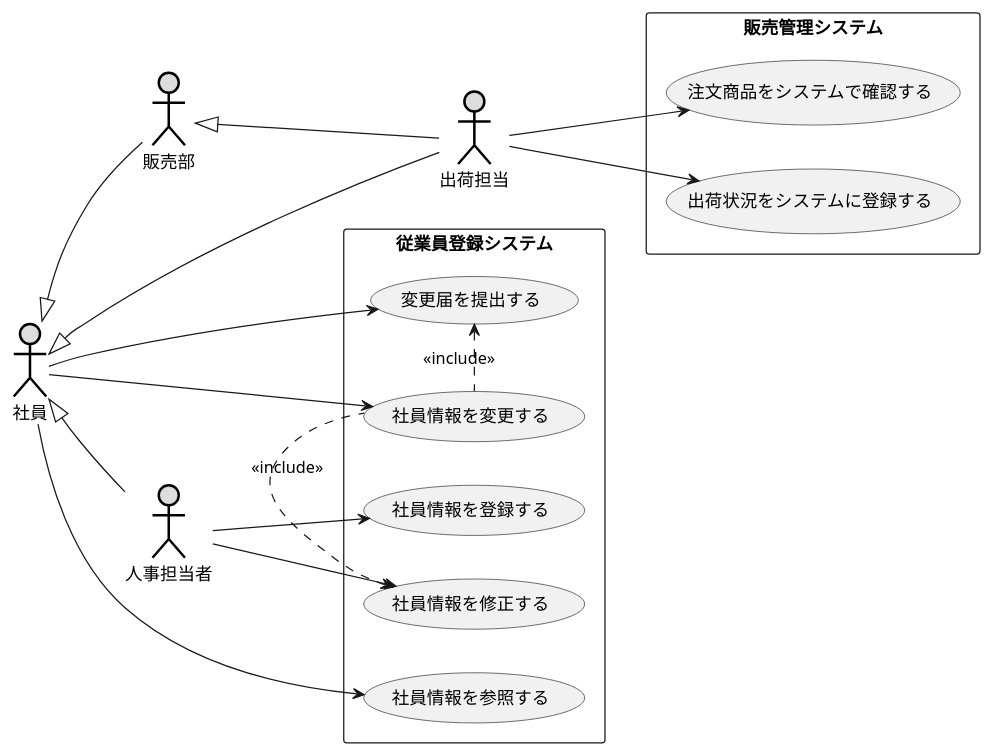
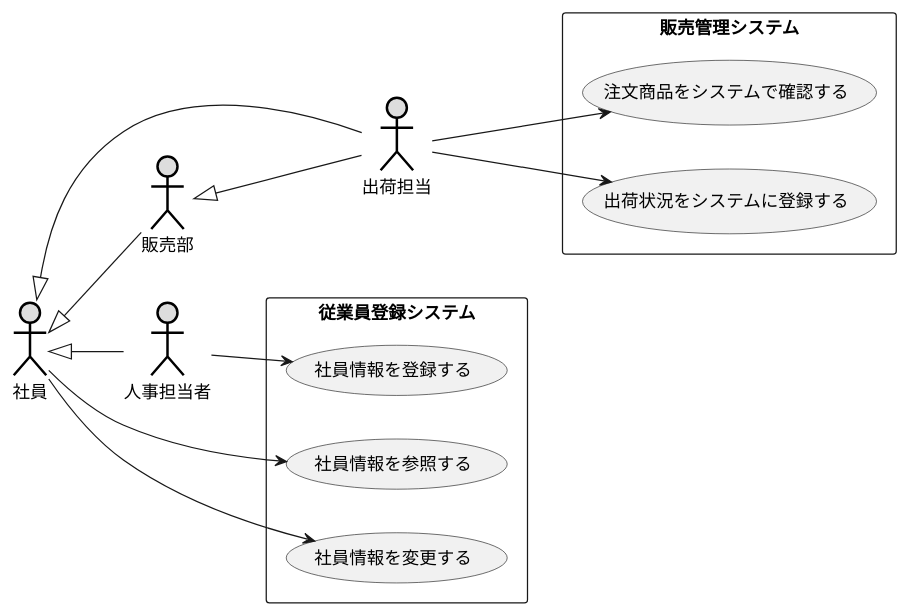
Before and after one commit to koha0516/uml-introduction: the diagram in 演習2-5_盛岡商事_販売管理システム.pu, drawn with PlantUML.

Commit message:
課題修正

```diff
--- a/演習2-5_盛岡商事_販売管理システム.pu
+++ b/演習2-5_盛岡商事_販売管理システム.pu
@@ -1,32 +1,26 @@
 @startuml 例題5
 left to right direction
 actor 出荷担当 #DDDDDD;line:black;line.bold;
 actor 販売部 #DDDDDD;line:black;line.bold;
 actor 社員 #DDDDDD;line:black;line.bold;
 actor 人事担当者 #DDDDDD;line:black;line.bold;
 rectangle 販売管理システム {
 usecase 注文商品をシステムで確認する
 usecase 出荷状況をシステムに登録する
 }
 出荷担当 --> 注文商品をシステムで確認する
 出荷担当 --> 出荷状況をシステムに登録する
 社員 <|-- 販売部
 販売部 <|-- 出荷担当
 社員 <|-- 出荷担当
 社員 <|-- 人事担当者
 
 rectangle 従業員登録システム {
 usecase 社員情報を登録する
 usecase 社員情報を参照する
-usecase 変更届を提出する
 usecase 社員情報を変更する
-usecase 社員情報を修正する
-変更届を提出する <. 社員情報を変更する : << include >>
-社員情報を修正する <. 社員情報を変更する : << include >>
 }
 社員 --> 社員情報を参照する
 社員 --> 社員情報を変更する
-社員 --> 変更届を提出する
 人事担当者 --> 社員情報を登録する
-人事担当者 --> 社員情報を修正する
 @enduml
```
